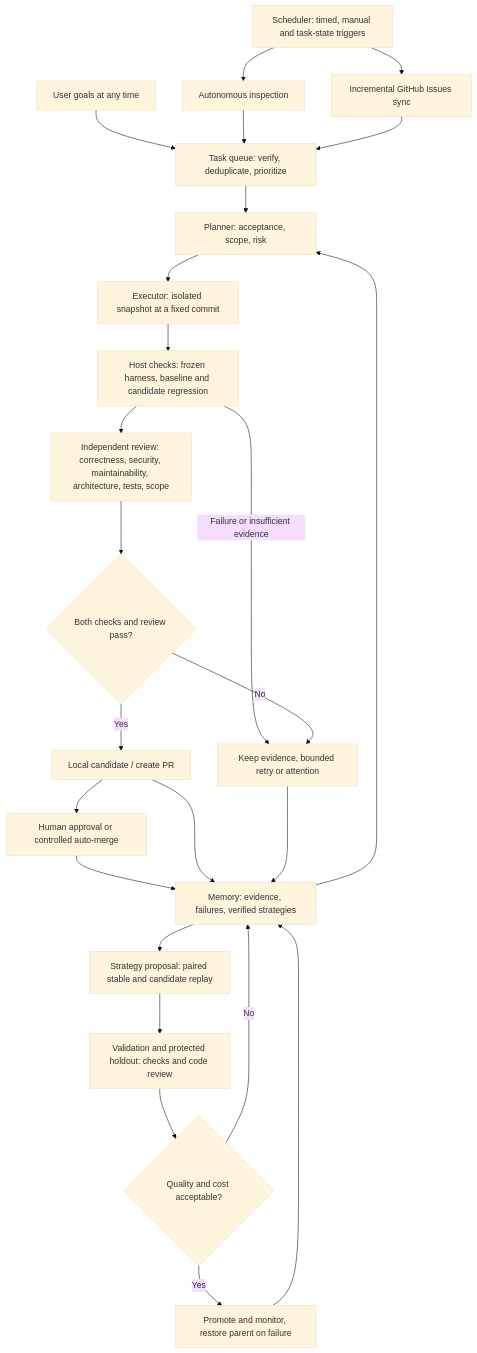
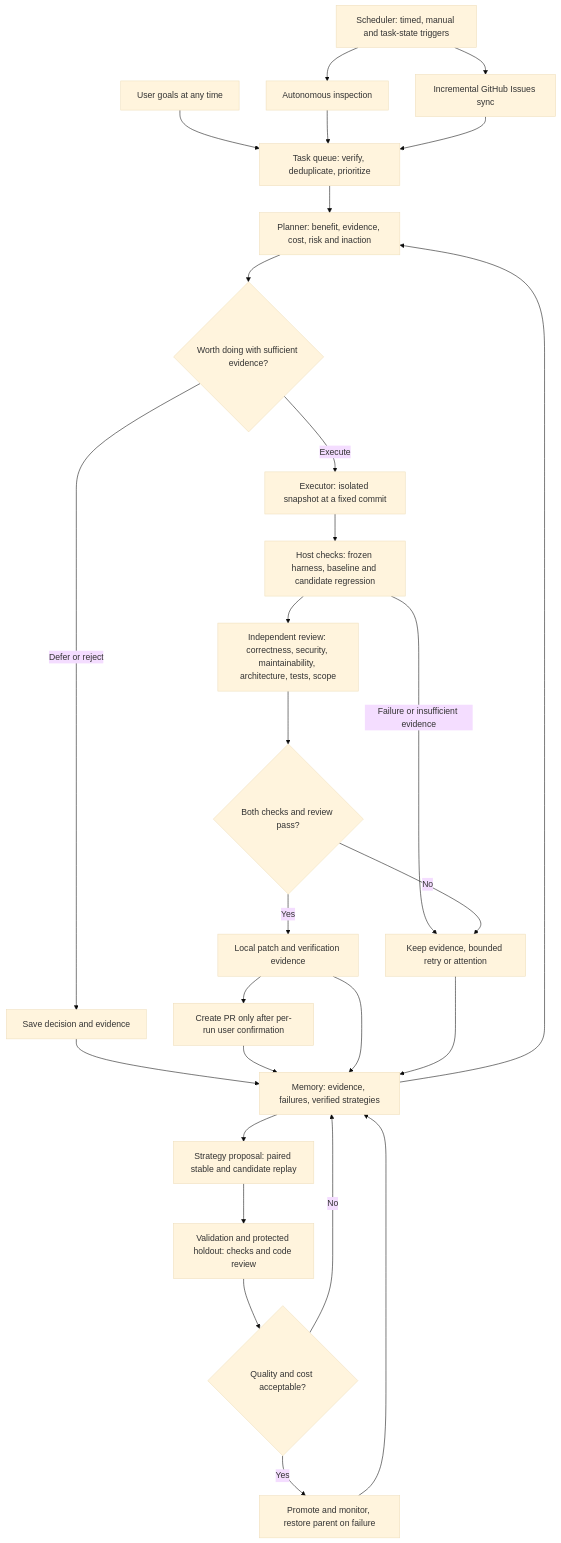
One commit to Haoog/Adaptive-RSI changed the diagram in README.en.md. Above: the diagram before and after it, drawn with Mermaid (base theme). The commit also changed other lines of this file and 34 other files, not shown here.

````diff
--- a/README.en.md
+++ b/README.en.md
@@ -11,27 +11,30 @@
 ```mermaid
 flowchart TD
     S[Scheduler: timed, manual and task-state triggers] --> I[Autonomous inspection]
     S --> G[Incremental GitHub Issues sync]
     U[User goals at any time] --> Q[Task queue: verify, deduplicate, prioritize]
     I --> Q
     G --> Q
-    M[Memory: evidence, failures, verified strategies] --> P[Planner: acceptance, scope, risk]
+    M[Memory: evidence, failures, verified strategies] --> P[Planner: benefit, evidence, cost, risk and inaction]
     Q --> P
-    P --> W[Executor: isolated snapshot at a fixed commit]
+    P --> B{Worth doing with sufficient evidence?}
+    B -->|Execute| W[Executor: isolated snapshot at a fixed commit]
+    B -->|Defer or reject| Z[Save decision and evidence]
+    Z --> M
     W --> T[Host checks: frozen harness, baseline and candidate regression]
     T --> R[Independent review: correctness, security, maintainability, architecture, tests, scope]
     R --> D{Both checks and review pass?}
-    D -->|Yes| C[Local candidate / create PR]
-    C --> A[Human approval or controlled auto-merge]
+    D -->|Yes| C[Local patch and verification evidence]
+    C --> A[Create PR only after per-run user confirmation]
     T -->|Failure or insufficient evidence| F[Keep evidence, bounded retry or attention]
     D -->|No| F
     A --> M
     C --> M
     F --> M
     M --> E[Strategy proposal: paired stable and candidate replay]
     E --> V[Validation and protected holdout: checks and code review]
     V --> H{Quality and cost acceptable?}
     H -->|Yes| N[Promote and monitor, restore parent on failure]
     H -->|No| M
     N --> M
 ```
````
